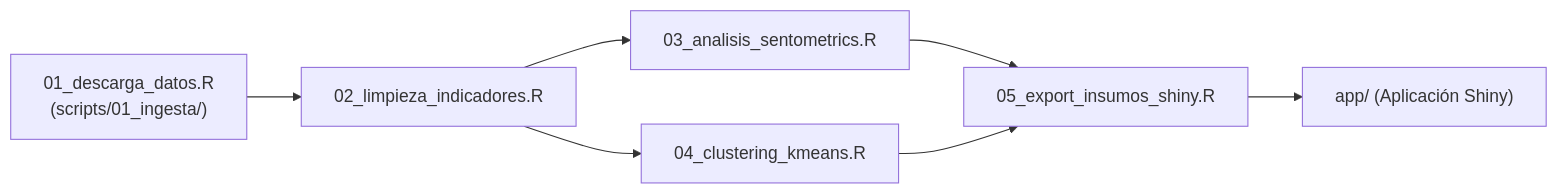
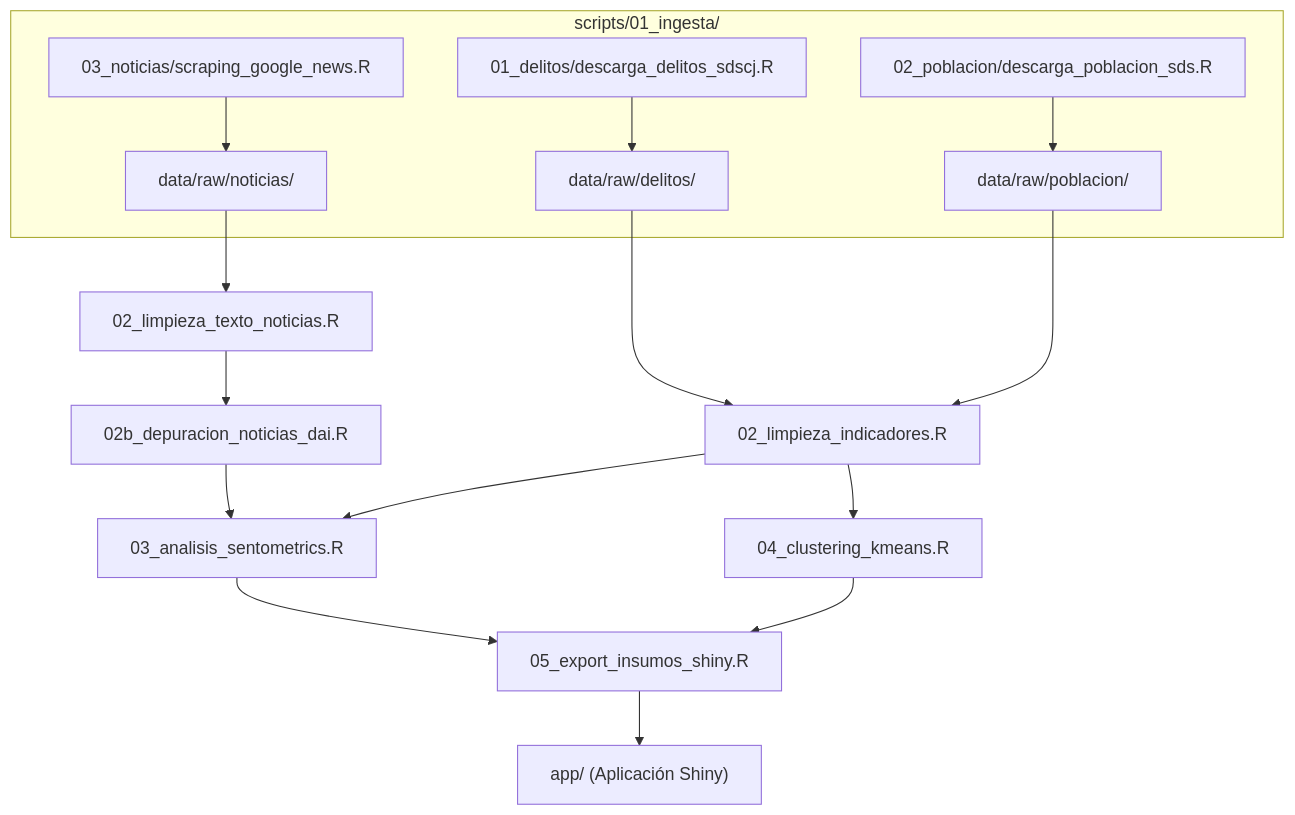
The diagram in scripts/README.md (juanjo-edm/Repo_Entrega_Final_Taller_R), drawn with Mermaid before and after one commit. The commit also changed other lines of this file and 27 other files, not shown here.

First line of the commit message:
refactor(ingesta): estructurar scripts de descarga en subcarpetas tematicas y aislar datos raw

````diff
--- a/scripts/README.md
+++ b/scripts/README.md
@@ -16,9 +17,18 @@
 ```mermaid
-flowchart LR
-    A["01_descarga_datos.R<br/>(scripts/01_ingesta/)"] --> B["02_limpieza_indicadores.R"]
-    B --> C["03_analisis_sentometrics.R"]
-    B --> D["04_clustering_kmeans.R"]
+flowchart TD
+    subgraph Ingesta ["scripts/01_ingesta/"]
+        I1["01_delitos/descarga_delitos_sdscj.R"] --> D1["data/raw/delitos/"]
+        I2["02_poblacion/descarga_poblacion_sds.R"] --> D2["data/raw/poblacion/"]
+        I3["03_noticias/scraping_google_news.R"] --> D3["data/raw/noticias/"]
+    end
+    D1 --> B["02_limpieza_indicadores.R"]
+    D2 --> B
+    D3 --> N1["02_limpieza_texto_noticias.R"]
+    N1 --> N2["02b_depuracion_noticias_dai.R"]
+    N2 --> C["03_analisis_sentometrics.R"]
+    B --> C
+    B --> K["04_clustering_kmeans.R"]
     C --> E["05_export_insumos_shiny.R"]
-    D --> E
+    K --> E
     E --> F["app/ (Aplicación Shiny)"]
 ```
````
